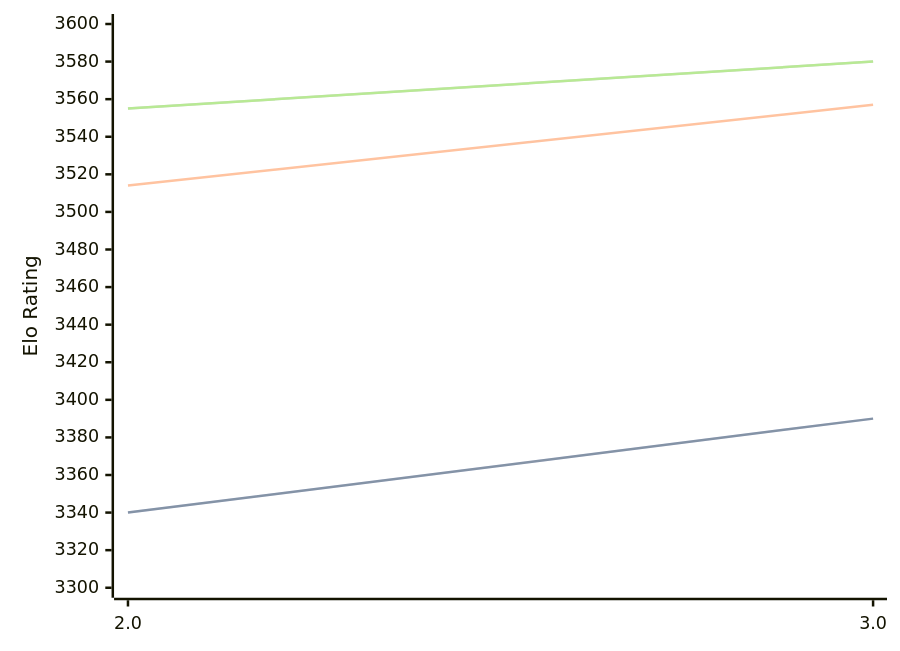
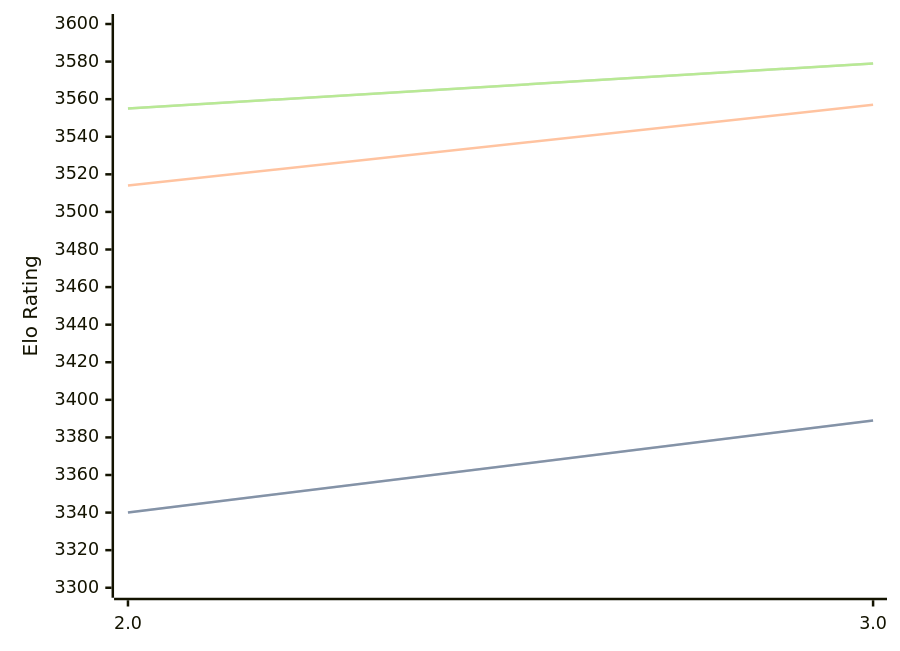
Before and after one commit to computer-chess-index/cci: the diagram in engines/Quanticade.md, drawn with Mermaid. The commit also changed other lines of this file, not shown here.

Commit message:
Update CCI Ratings (ELO VLTC) - 2026-03-03

````diff
--- a/engines/Quanticade.md
+++ b/engines/Quanticade.md
@@ -39,11 +39,11 @@
 ```mermaid
 %%{init: {"theme":"base","themeVariables":{"seriesColors:['#a3a3a3','#222221','#faa371']}}}%%
 xychart-beta
   x-axis ["2.0", "3.0"]
   y-axis "Elo Rating" 3300 --> 3600
-  line "STC (8.0+0.08s)" [3340, 3390]
-  line "STC (8.0+0.08s)" [3340, 3390]
+  line "STC (8.0+0.08s)" [3340, 3389]
+  line "STC (8.0+0.08s)" [3340, 3389]
   line "LTC (60.0+0.60s)" [3514, 3557]
-  line "VLTC (2m24s+1.12s)" [3555, 3580]
-  line "VLTC (2m24s+1.12s)" [3555, 3580]
+  line "VLTC (2m24s+1.12s)" [3555, 3579]
+  line "VLTC (2m24s+1.12s)" [3555, 3579]
 ```
````
